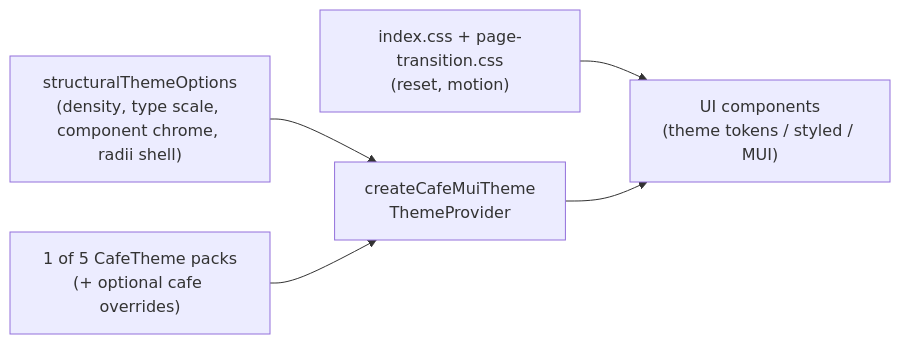
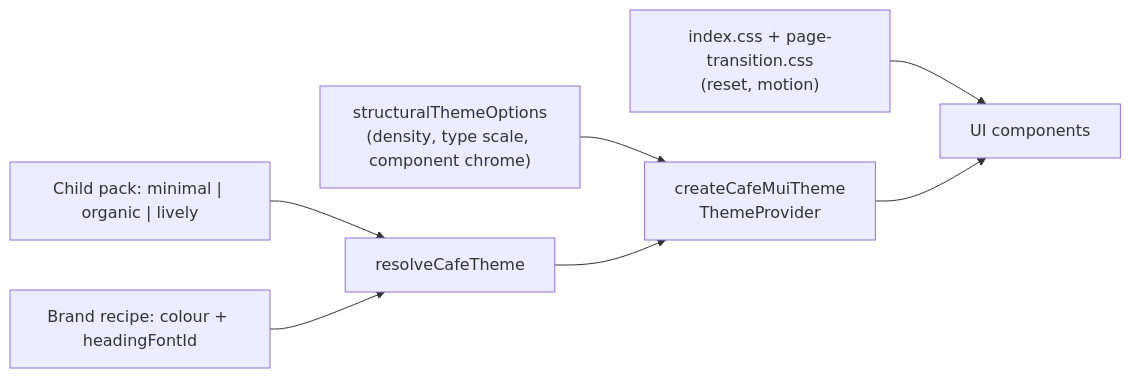
The diagram in docs/order-ahead-styling.md (SeanIntegrator/moonshot), drawn with Mermaid before and after one commit. The commit also changed other lines of this file and 38 other files, not shown here.

````diff
--- a/docs/order-ahead-styling.md
+++ b/docs/order-ahead-styling.md
@@ -7,13 +7,17 @@
 ```mermaid
 flowchart LR
   baseCss["index.css + page-transition.css\n(reset, motion)"]
-  structural["structuralThemeOptions\n(density, type scale, component chrome, radii shell)"]
-  cafePack["1 of 5 CafeTheme packs\n(+ optional cafe overrides)"]
+  structural["structuralThemeOptions\n(density, type scale, component chrome)"]
+  pack["Child pack: minimal | organic | lively"]
+  brand["Brand recipe: colour + headingFontId"]
+  resolved["resolveCafeTheme"]
   merged["createCafeMuiTheme\nThemeProvider"]
-  ui["UI components\n(theme tokens / styled / MUI)"]
+  ui["UI components"]
 
   baseCss --> ui
   structural --> merged
-  cafePack --> merged
+  pack --> resolved
+  brand --> resolved
+  resolved --> merged
   merged --> ui
 ```
````
